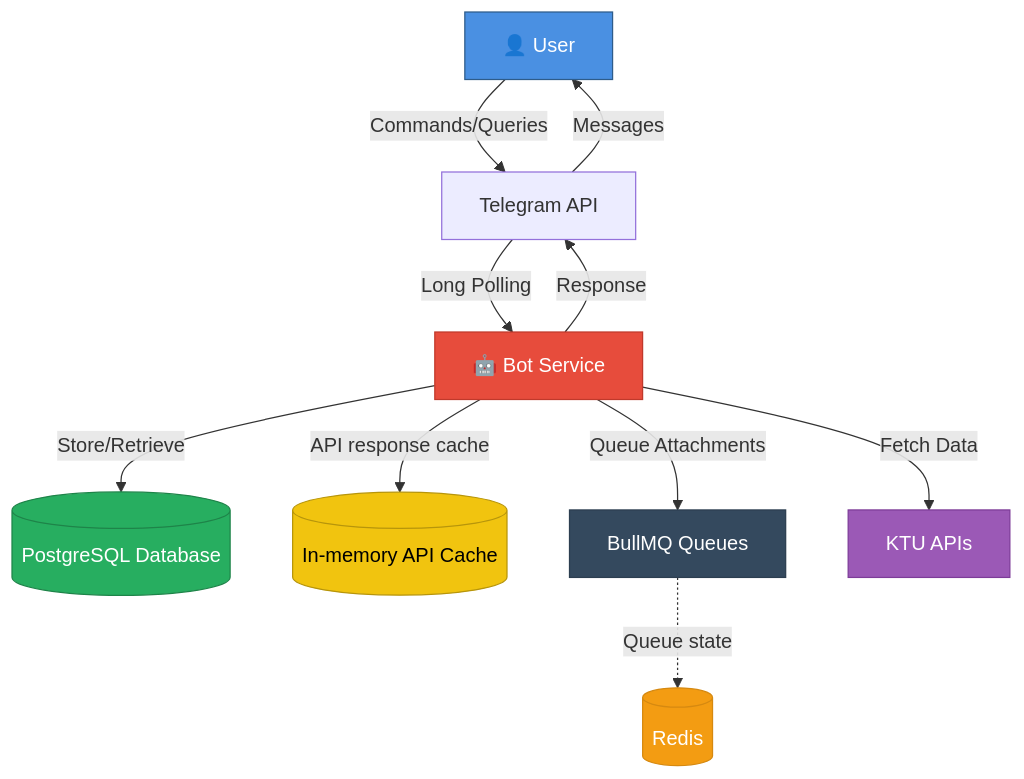
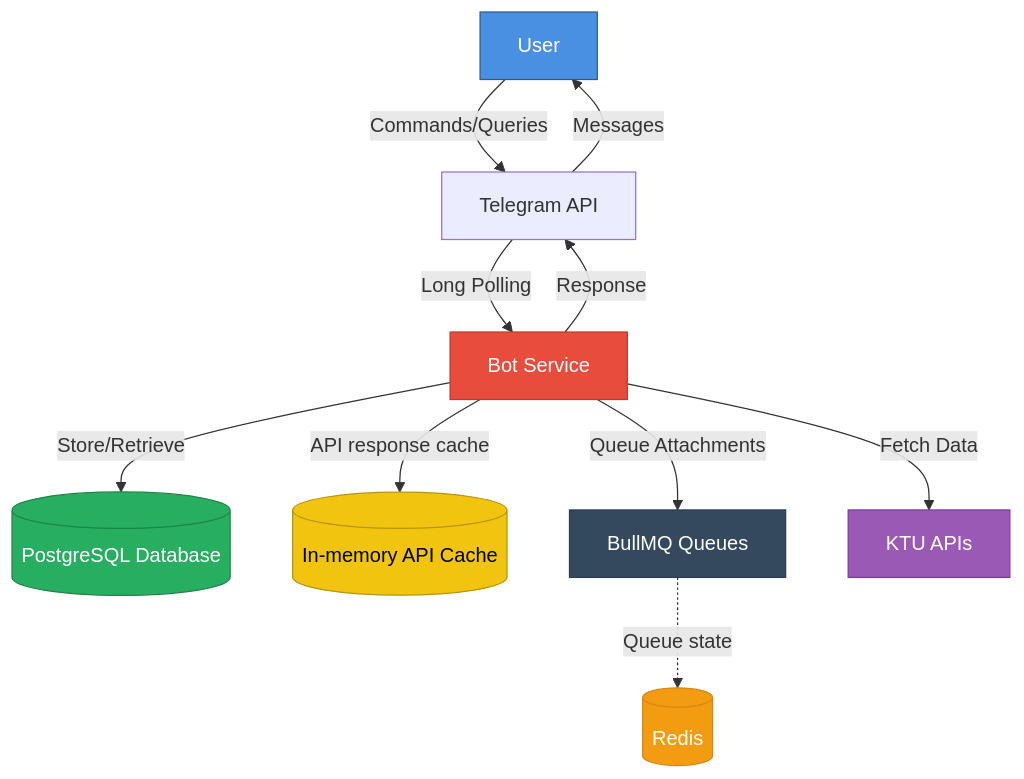
One commit to devadathanmb/ktu-bot changed the first of 2 diagrams in docs/working.md. Above: the diagram before and after it, drawn with Mermaid. The commit also changed other lines of this file and 6 other files, not shown here.

````diff
--- a/docs/working.md
+++ b/docs/working.md
@@ -24,29 +16,29 @@
 ```mermaid
 graph TB
-    User[👤 User]
-    TG[Telegram API]
-    Bot[🤖 Bot Service]
-    DB[(PostgreSQL Database)]
-    ApiCache[(In-memory API Cache)]
-    Queue[BullMQ Queues]
-    Redis[(Redis)]
-    KTU[KTU APIs]
+ User[ User]
+ TG[Telegram API]
+ Bot[ Bot Service]
+ DB[(PostgreSQL Database)]
+ ApiCache[(In-memory API Cache)]
+ Queue[BullMQ Queues]
+ Redis[(Redis)]
+ KTU[KTU APIs]
 
-    User -->|Commands/Queries| TG
-    TG -->|Long Polling| Bot
-    Bot -->|Fetch Data| KTU
-    Bot -->|Store/Retrieve| DB
-    Bot -->|API response cache| ApiCache
-    Bot -->|Queue Attachments| Queue
-    Bot -->|Response| TG
-    TG -->|Messages| User
-    Queue -.->|Queue state| Redis
+ User -->|Commands/Queries| TG
+ TG -->|Long Polling| Bot
+ Bot -->|Fetch Data| KTU
+ Bot -->|Store/Retrieve| DB
+ Bot -->|API response cache| ApiCache
+ Bot -->|Queue Attachments| Queue
+ Bot -->|Response| TG
+ TG -->|Messages| User
+ Queue -.->|Queue state| Redis
 
-    style User fill:#4a90e2,stroke:#2e5c8a,color:#fff
-    style Bot fill:#e74c3c,stroke:#c0392b,color:#fff
-    style DB fill:#27ae60,stroke:#1e8449,color:#fff
-    style ApiCache fill:#f1c40f,stroke:#b7950b,color:#000
-    style Queue fill:#34495e,stroke:#2c3e50,color:#fff
-    style Redis fill:#f39c12,stroke:#d68910,color:#fff
-    style KTU fill:#9b59b6,stroke:#7d3c98,color:#fff
+ style User fill:#4a90e2,stroke:#2e5c8a,color:#fff
+ style Bot fill:#e74c3c,stroke:#c0392b,color:#fff
+ style DB fill:#27ae60,stroke:#1e8449,color:#fff
+ style ApiCache fill:#f1c40f,stroke:#b7950b,color:#000
+ style Queue fill:#34495e,stroke:#2c3e50,color:#fff
+ style Redis fill:#f39c12,stroke:#d68910,color:#fff
+ style KTU fill:#9b59b6,stroke:#7d3c98,color:#fff
 ```
````
